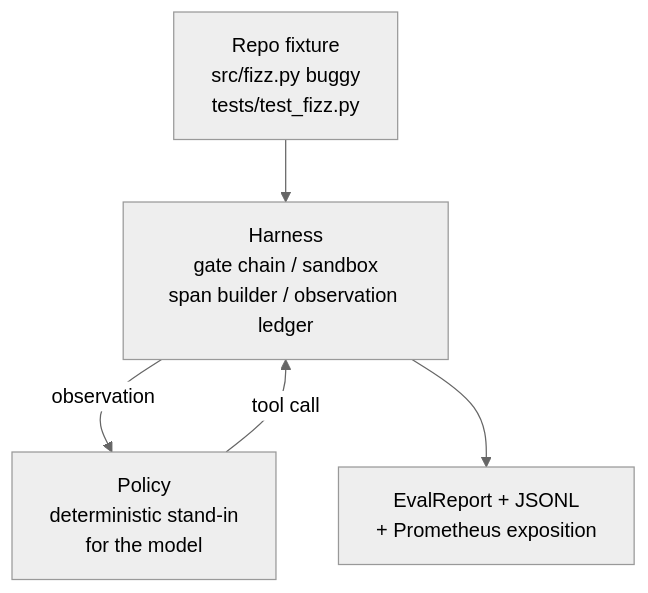
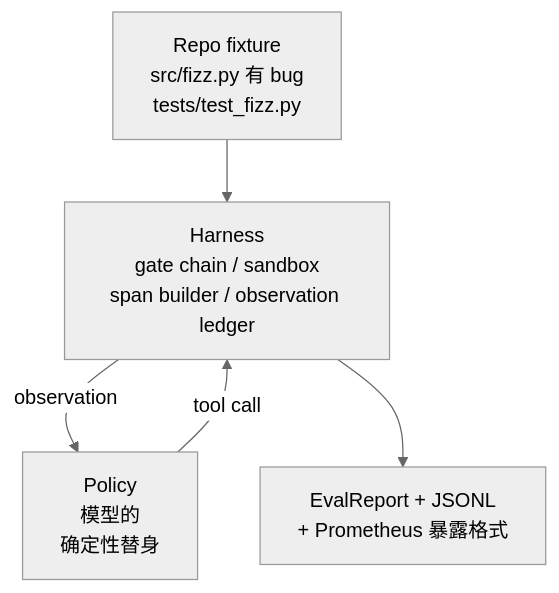
Before and after one commit to JerryC8080/ai-engineering-from-scratch-zh: the first of 2 diagrams in phases/19-capstone-projects/29-end-to-end-coding-task-demo/docs/zh.md, drawn with Mermaid (neutral theme). The commit also changed other lines of this file and 156 other files, not shown here.

First line of the commit message:
i18n(zh): translate mermaid diagram labels in 157 lesson zh.md

````diff
--- a/phases/19-capstone-projects/29-end-to-end-coding-task-demo/docs/zh.md
+++ b/phases/19-capstone-projects/29-end-to-end-coding-task-demo/docs/zh.md
@@ -30,7 +30,7 @@
 ```mermaid
 flowchart TD
-  Repo[Repo fixture<br/>src/fizz.py buggy<br/>tests/test_fizz.py] --> Harness
-  Policy[Policy<br/>deterministic stand-in<br/>for the model] -->|tool call| Harness
+  Repo[Repo fixture<br/>src/fizz.py 有 bug<br/>tests/test_fizz.py] --> Harness
+  Policy[Policy<br/>模型的<br/>确定性替身] -->|tool call| Harness
   Harness[Harness<br/>gate chain / sandbox<br/>span builder / observation ledger] -->|observation| Policy
-  Harness --> Out[EvalReport + JSONL<br/>+ Prometheus exposition]
+  Harness --> Out[EvalReport + JSONL<br/>+ Prometheus 暴露格式]
 ```
````
